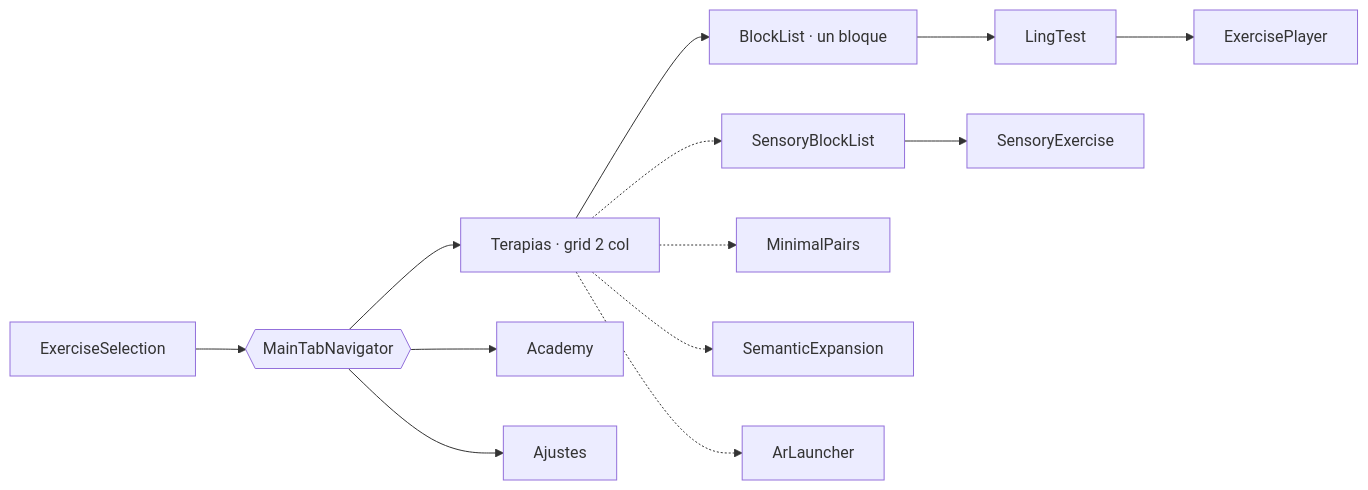
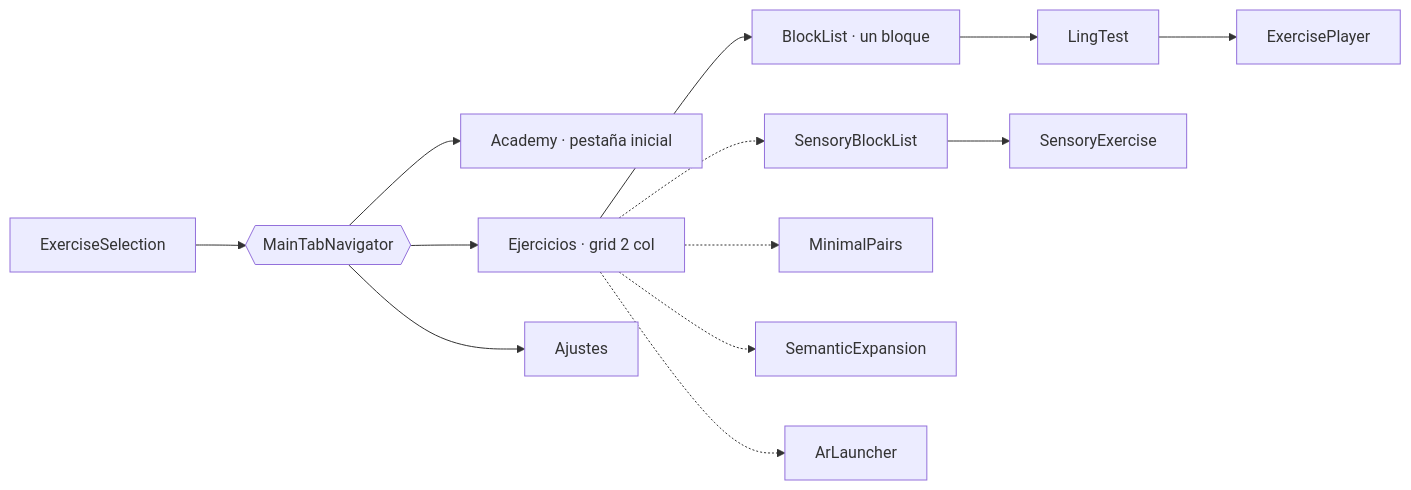
The second of 2 diagrams in README.md (FrankBetances/Valeria), drawn with Mermaid before and after one commit. The commit also changed other lines of this file and 36 other files, not shown here.

First line of the commit message:
Academy primero: la app abre por la formación, y «terapias» pasa a «ejercicios»

````diff
--- a/README.md
+++ b/README.md
@@ -793,15 +808,15 @@
 ```mermaid
 flowchart LR
     H[ExerciseSelection] --> T{{MainTabNavigator}}
-    T --> HB[Terapias · grid 2 col]
-    T --> AC[Academy]
+    T --> AC[Academy · pestaña inicial]
+    T --> HB[Ejercicios · grid 2 col]
     T --> ST[Ajustes]
     HB --> BL[BlockList · un bloque]
     BL --> L[LingTest]
     L --> E[ExercisePlayer]
     HB -.-> SN[SensoryBlockList]
     SN --> SX[SensoryExercise]
     HB -.-> MP[MinimalPairs]
     HB -.-> SE[SemanticExpansion]
     HB -.-> AR[ArLauncher]
 ```
````
